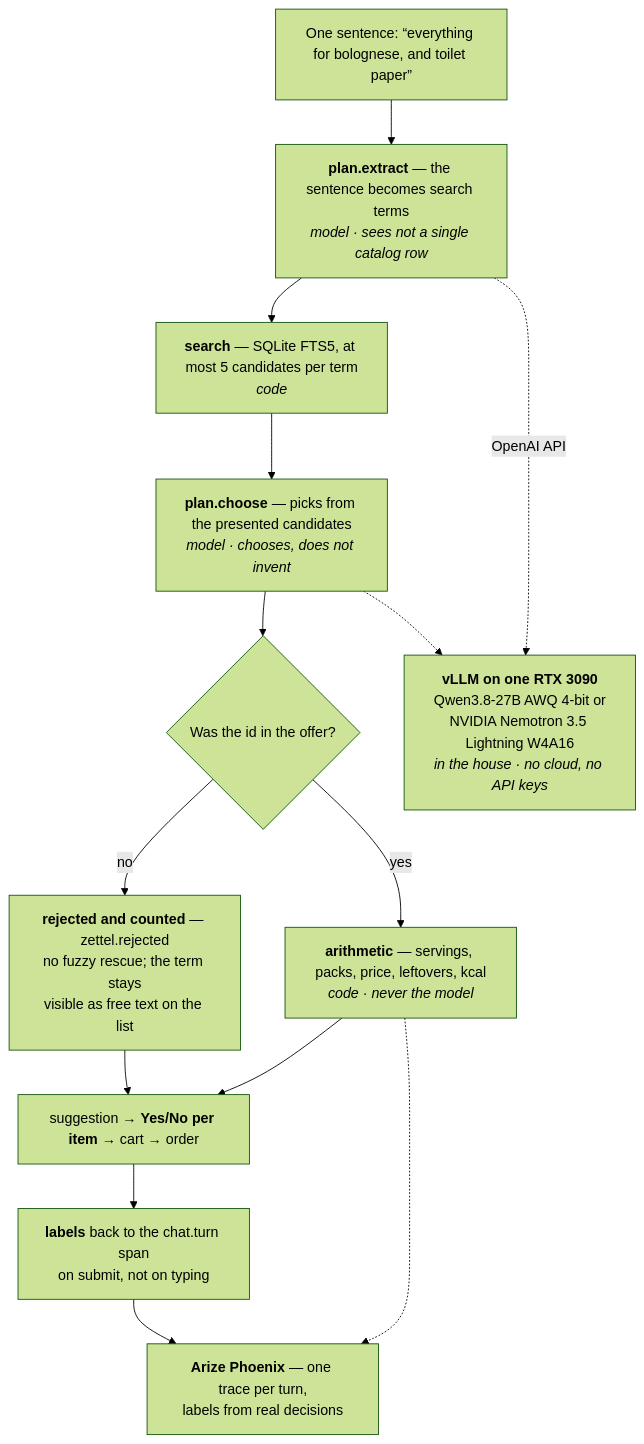
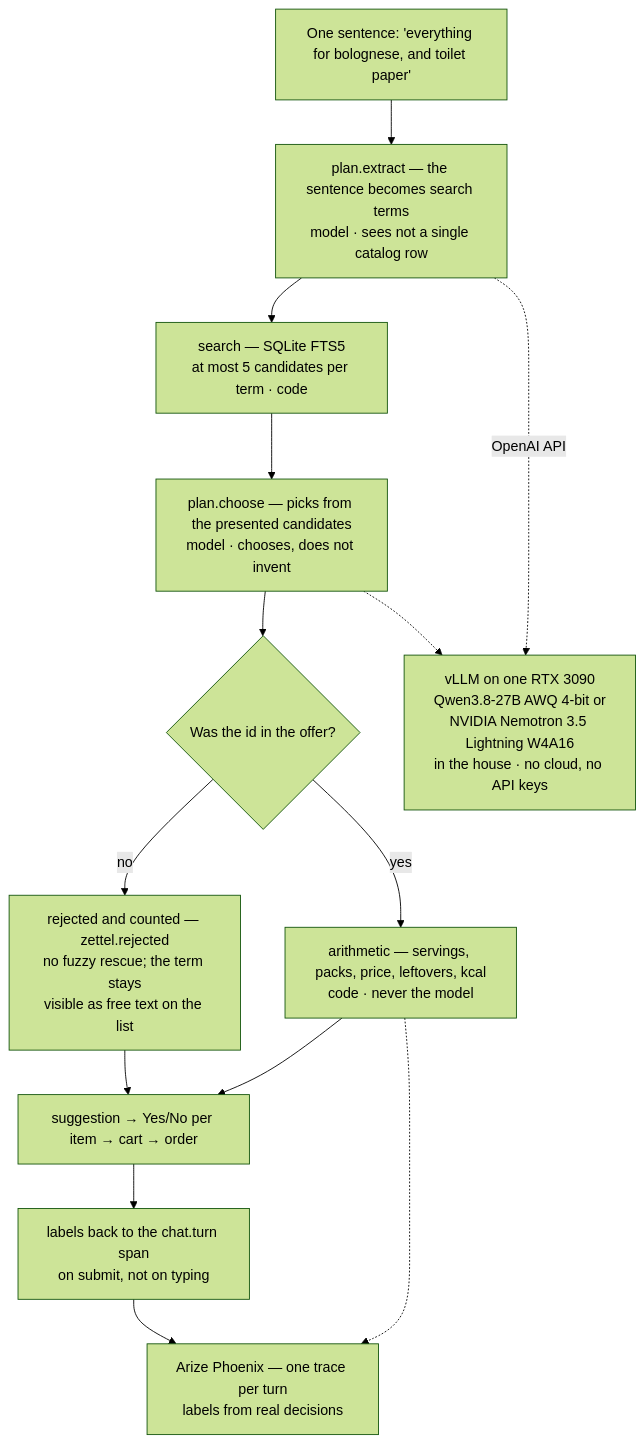
Before and after one commit to edrethardo/zettel: the diagram in README.en.md, drawn with Mermaid (forest theme). The commit also changed 1 other file, not shown here.

Commit message:
Das Flussdiagramm ohne HTML-Auszeichnung — GitHub rendert Mermaid streng
`<b>` und `<i>` in den Knotenbeschriftungen kommen auf GitHub nicht als
Fettung heraus: der Renderer läuft dort mit abgeschalteten HTML-Labels und
zeigt die Tags als Text (oder verweigert das Diagramm). Jetzt tragen die
Knoten den Namen der Stufe am Anfang und „wer macht den Schritt" nach einem
Mittelpunkt — dieselbe Information, ohne Auszeichnung. `<br/>` bleibt: das
teilt Mermaid auch ohne HTML-Labels in Zeilen. Beide Fassungen, deutsch und
englisch.

Claude-Session: https://claude.ai/code/session_01E7ep29hEAWTR74DMxspbd8

````diff
--- a/README.en.md
+++ b/README.en.md
@@ -104,18 +104,18 @@
 ```mermaid
 flowchart TD
-    A["One sentence: “everything for bolognese, and toilet paper”"] --> B
-    B["<b>plan.extract</b> — the sentence becomes search terms<br/><i>model · sees not a single catalog row</i>"] --> C
-    C["<b>search</b> — SQLite FTS5, at most 5 candidates per term<br/><i>code</i>"] --> D
-    D["<b>plan.choose</b> — picks from the presented candidates<br/><i>model · chooses, does not invent</i>"] --> E
+    A["One sentence: 'everything for bolognese, and toilet paper'"] --> B
+    B["plan.extract — the sentence becomes search terms<br/>model · sees not a single catalog row"] --> C
+    C["search — SQLite FTS5<br/>at most 5 candidates per term · code"] --> D
+    D["plan.choose — picks from the presented candidates<br/>model · chooses, does not invent"] --> E
     E{"Was the id in the offer?"}
-    E -->|no| F["<b>rejected and counted</b> — zettel.rejected<br/>no fuzzy rescue; the term stays<br/>visible as free text on the list"]
-    E -->|yes| G["<b>arithmetic</b> — servings, packs, price, leftovers, kcal<br/><i>code · never the model</i>"]
-    G --> H["suggestion → <b>Yes/No per item</b> → cart → order"]
+    E -->|no| F["rejected and counted — zettel.rejected<br/>no fuzzy rescue; the term stays<br/>visible as free text on the list"]
+    E -->|yes| G["arithmetic — servings, packs, price, leftovers, kcal<br/>code · never the model"]
+    G --> H["suggestion → Yes/No per item → cart → order"]
     F --> H
-    H --> I["<b>labels</b> back to the chat.turn span<br/>on submit, not on typing"]
+    H --> I["labels back to the chat.turn span<br/>on submit, not on typing"]
     B -.->|OpenAI API| BOX
     D -.-> BOX
-    BOX["<b>vLLM on one RTX 3090</b><br/>Qwen3.8-27B AWQ 4-bit or<br/>NVIDIA Nemotron 3.5 Lightning W4A16<br/><i>in the house · no cloud, no API keys</i>"]
-    I --> PHX["<b>Arize Phoenix</b> — one trace per turn,<br/>labels from real decisions"]
+    BOX["vLLM on one RTX 3090<br/>Qwen3.8-27B AWQ 4-bit or<br/>NVIDIA Nemotron 3.5 Lightning W4A16<br/>in the house · no cloud, no API keys"]
+    I --> PHX["Arize Phoenix — one trace per turn<br/>labels from real decisions"]
     G -.-> PHX
 ```
````
